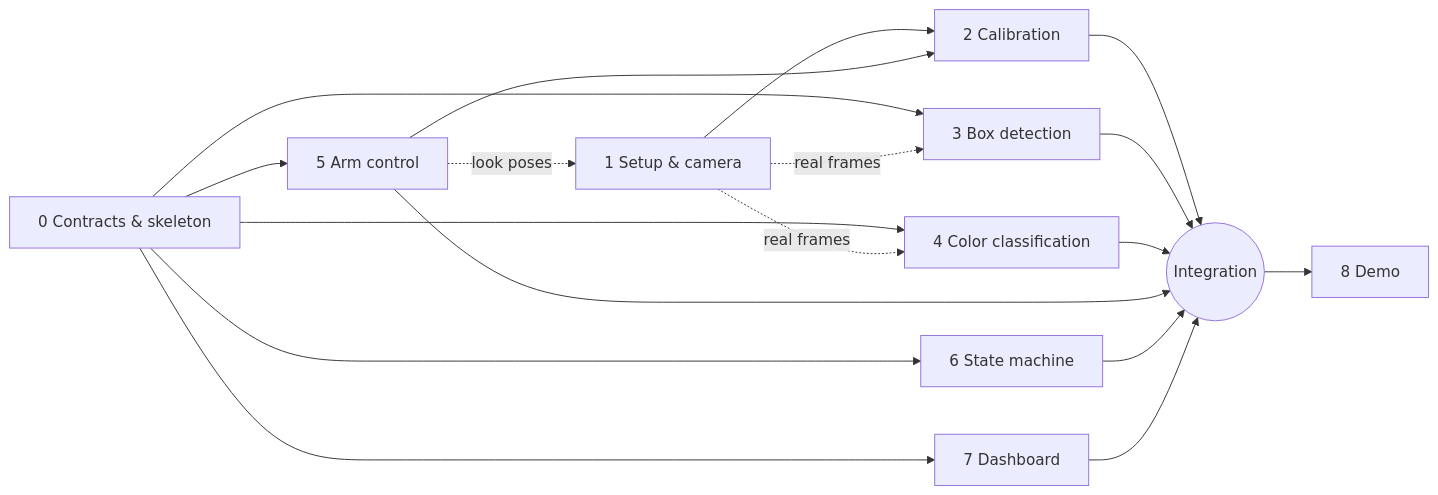
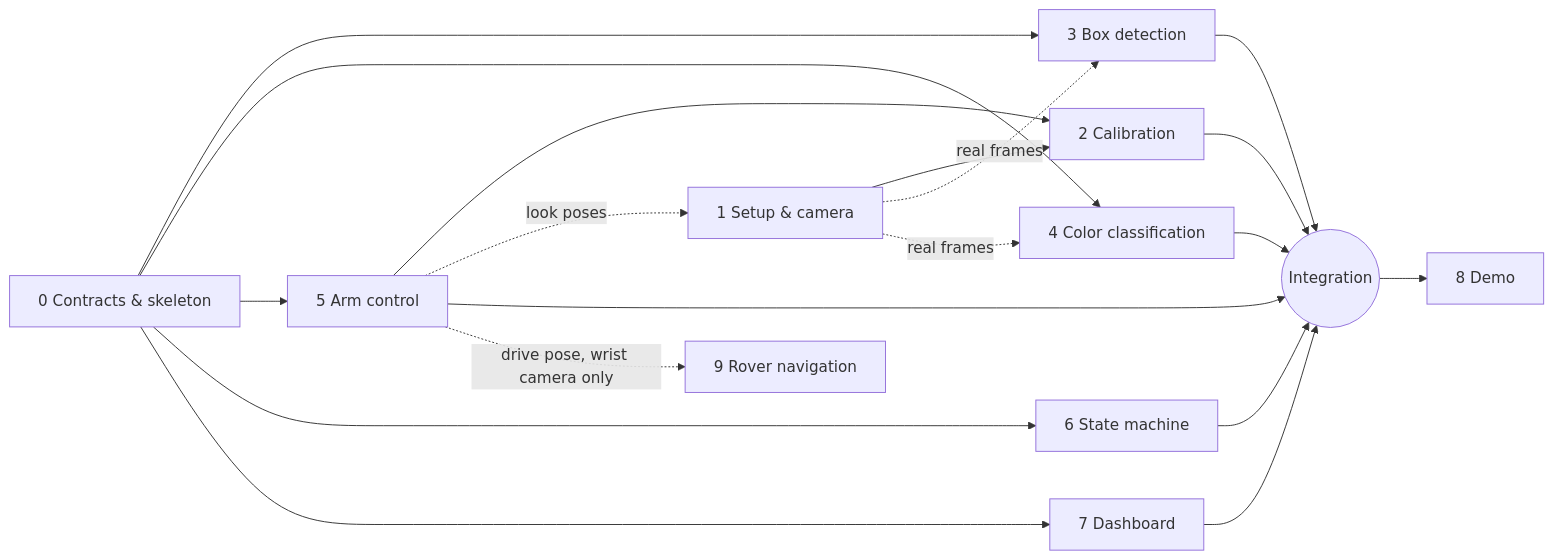
The diagram in docs/plan.md (anka335/Alien-Bazaar-Hackaton), drawn with Mermaid before and after one commit. The commit also changed other lines of this file and 26 other files, not shown here.

````diff
--- a/docs/plan.md
+++ b/docs/plan.md
@@ -22,20 +23,21 @@
 ```mermaid
 graph LR
   B0[0 Contracts & skeleton] --> B3[3 Box detection]
   B0 --> B4[4 Color classification]
   B0 --> B5[5 Arm control]
   B0 --> B6[6 State machine]
   B0 --> B7[7 Dashboard]
   B1[1 Setup & camera] --> B2[2 Calibration]
   B5 --> B2
   B5 -. look poses .-> B1
   B1 -. real frames .-> B3
   B1 -. real frames .-> B4
   B2 --> INT((Integration))
   B3 --> INT
   B4 --> INT
   B5 --> INT
   B6 --> INT
   B7 --> INT
   INT --> B8[8 Demo]
+  B5 -. drive pose, wrist camera only .-> B9[9 Rover navigation]
 ```
````
